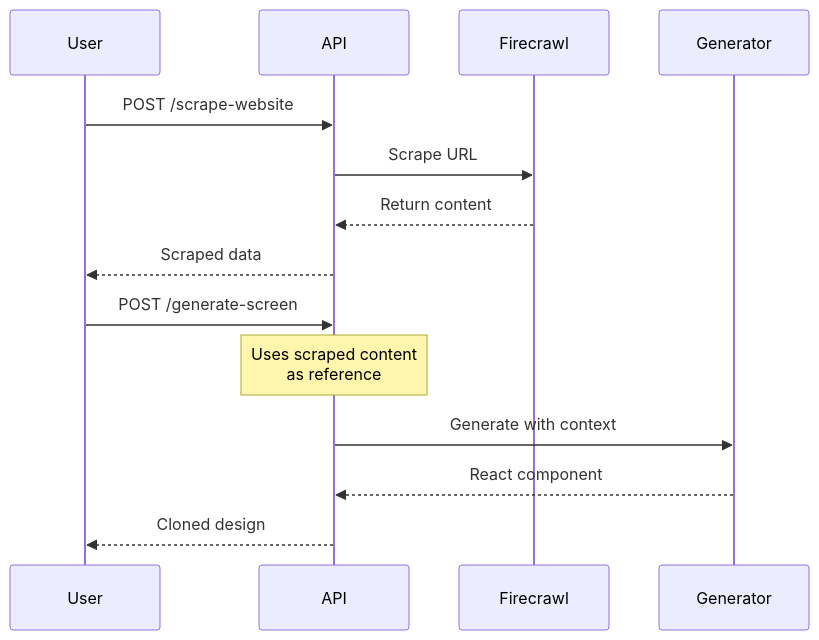
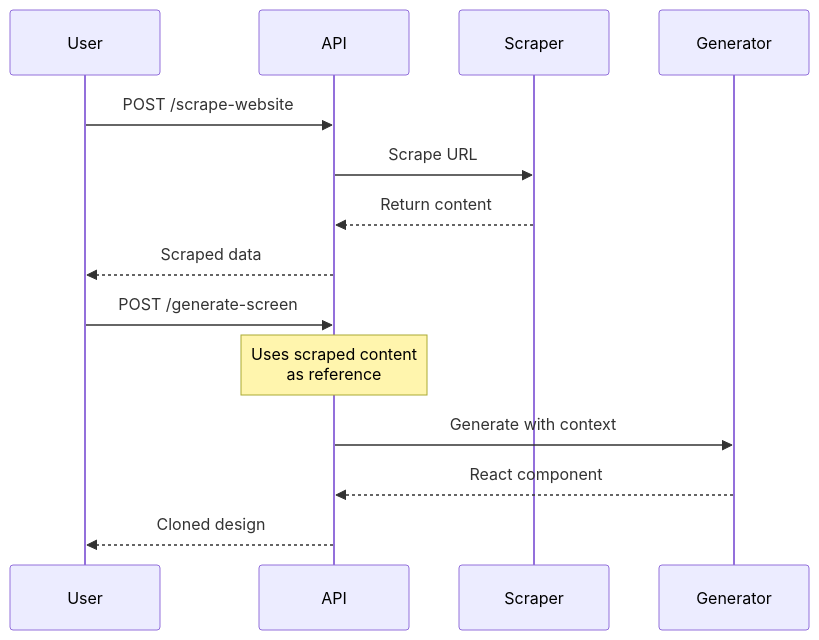
The diagram in api-reference/endpoint/scrape-website.mdx (Seemodo/docs), drawn with Mermaid before and after one commit. The commit also changed other lines of this file and 14 other files, not shown here.

Commit message:
Refactor documentation to remove references to Morph API and streamline content; update API endpoint descriptions for clarity, and delete the getting started guide to enhance focus on core features.

````diff
--- a/api-reference/endpoint/scrape-website.mdx
+++ b/api-reference/endpoint/scrape-website.mdx
@@ -98,17 +98,17 @@
 ```mermaid
 sequenceDiagram
     participant User
     participant API
-    participant Firecrawl
+    participant Scraper
     participant Generator
 
     User->>API: POST /scrape-website
-    API->>Firecrawl: Scrape URL
-    Firecrawl-->>API: Return content
+    API->>Scraper: Scrape URL
+    Scraper-->>API: Return content
     API-->>User: Scraped data
     User->>API: POST /generate-screen
     Note over API: Uses scraped content<br/>as reference
     API->>Generator: Generate with context
     Generator-->>API: React component
     API-->>User: Cloned design
 ```
````
